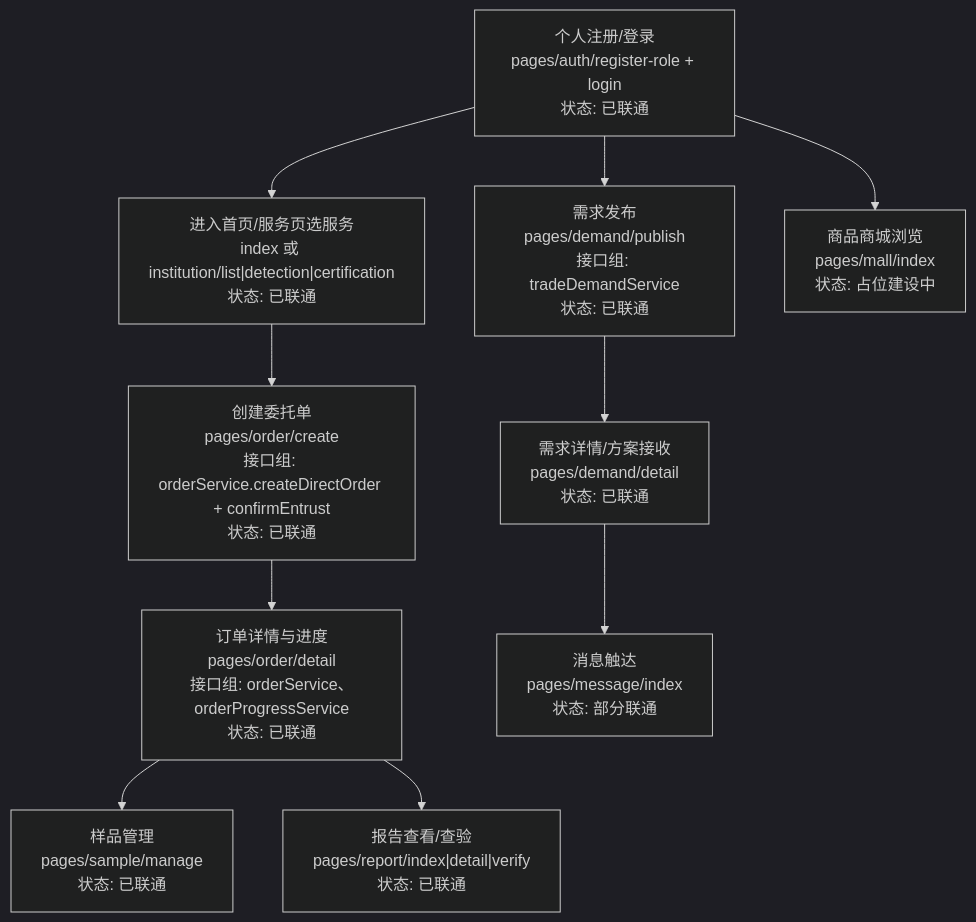
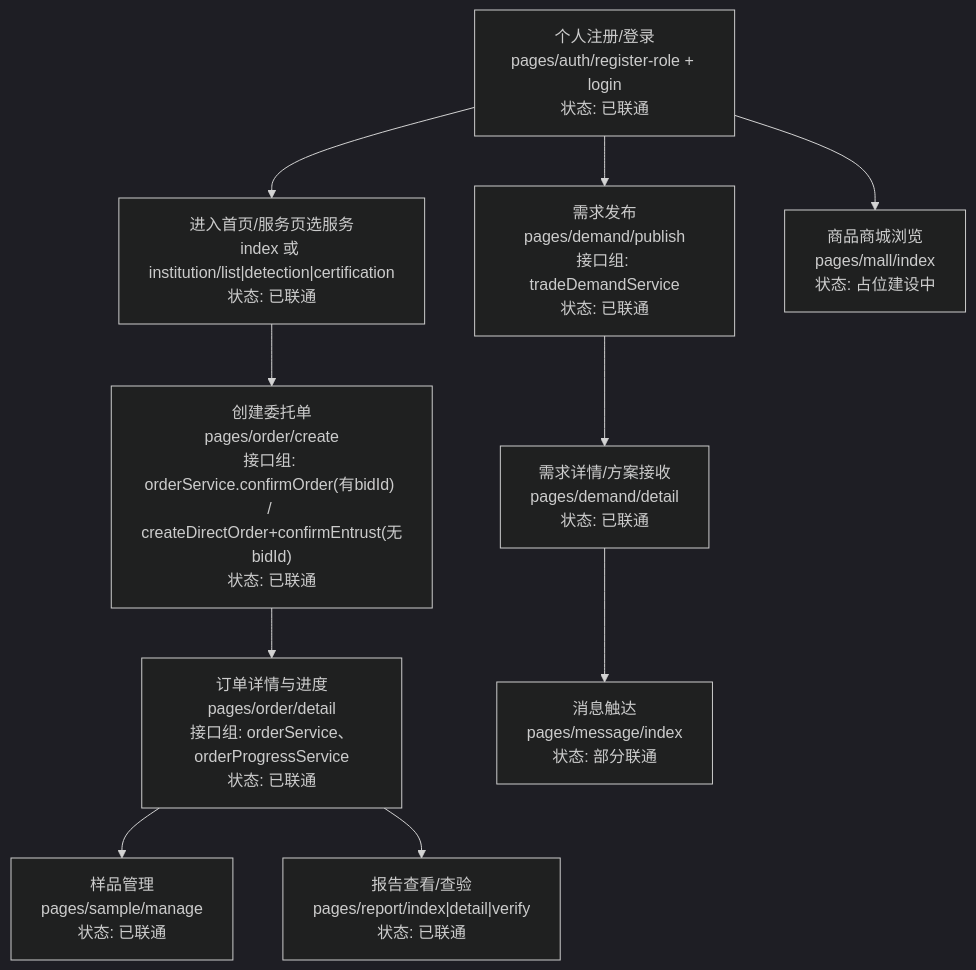
Before and after one commit to Lizh606/dajing-wx: the second of 5 diagrams in docs/guide/小程序-整体流程设计图.md, drawn with Mermaid (dark theme). The commit also changed other lines of this file and 24 other files, not shown here.

````diff
--- a/docs/guide/小程序-整体流程设计图.md
+++ b/docs/guide/小程序-整体流程设计图.md
@@ -35,14 +35,14 @@
 ```mermaid
 flowchart TD
     P0["个人注册/登录<br/>pages/auth/register-role + login<br/>状态: 已联通"] --> P1["进入首页/服务页选服务<br/>index 或 institution/list|detection|certification<br/>状态: 已联通"]
-    P1 --> P2["创建委托单<br/>pages/order/create<br/>接口组: orderService.createDirectOrder + confirmEntrust<br/>状态: 已联通"]
+    P1 --> P2["创建委托单<br/>pages/order/create<br/>接口组: orderService.confirmOrder(有bidId) / createDirectOrder+confirmEntrust(无bidId)<br/>状态: 已联通"]
     P2 --> P3["订单详情与进度<br/>pages/order/detail<br/>接口组: orderService、orderProgressService<br/>状态: 已联通"]
     P3 --> P4["样品管理<br/>pages/sample/manage<br/>状态: 已联通"]
     P3 --> P5["报告查看/查验<br/>pages/report/index|detail|verify<br/>状态: 已联通"]
 
     P0 --> P6["需求发布<br/>pages/demand/publish<br/>接口组: tradeDemandService<br/>状态: 已联通"]
     P6 --> P7["需求详情/方案接收<br/>pages/demand/detail<br/>状态: 已联通"]
     P7 --> P8["消息触达<br/>pages/message/index<br/>状态: 部分联通"]
 
     P0 --> P9["商品商城浏览<br/>pages/mall/index<br/>状态: 占位建设中"]
 ```
````
